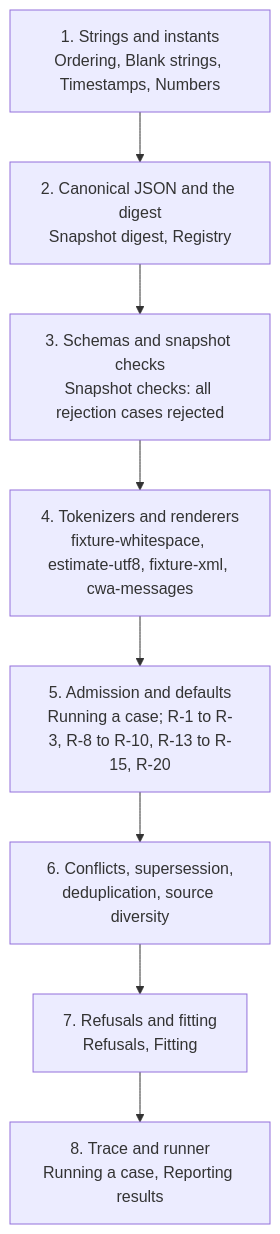
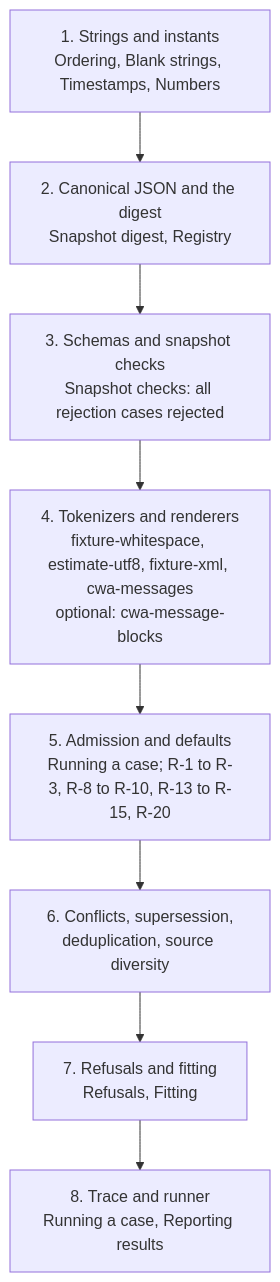
The second of 2 diagrams in PORTING.md (contextwindowarchitecture/assembler-template), drawn with Mermaid before and after one commit. The commit also changed other lines of this file, not shown here.

````diff
--- a/PORTING.md
+++ b/PORTING.md
@@ -83,12 +83,12 @@
 ```mermaid
 flowchart TD
   S1["1. Strings and instants<br/>Ordering, Blank strings, Timestamps, Numbers"]
   S2["2. Canonical JSON and the digest<br/>Snapshot digest, Registry"]
   S3["3. Schemas and snapshot checks<br/>Snapshot checks: all rejection cases rejected"]
-  S4["4. Tokenizers and renderers<br/>fixture-whitespace, estimate-utf8, fixture-xml, cwa-messages"]
+  S4["4. Tokenizers and renderers<br/>fixture-whitespace, estimate-utf8, fixture-xml, cwa-messages<br/>optional: cwa-message-blocks"]
   S5["5. Admission and defaults<br/>Running a case; R-1 to R-3, R-8 to R-10, R-13 to R-15, R-20"]
   S6["6. Conflicts, supersession,<br/>deduplication, source diversity"]
   S7["7. Refusals and fitting<br/>Refusals, Fitting"]
   S8["8. Trace and runner<br/>Running a case, Reporting results"]
   S1 --> S2 --> S3 --> S4 --> S5 --> S6 --> S7 --> S8
 ```
````
